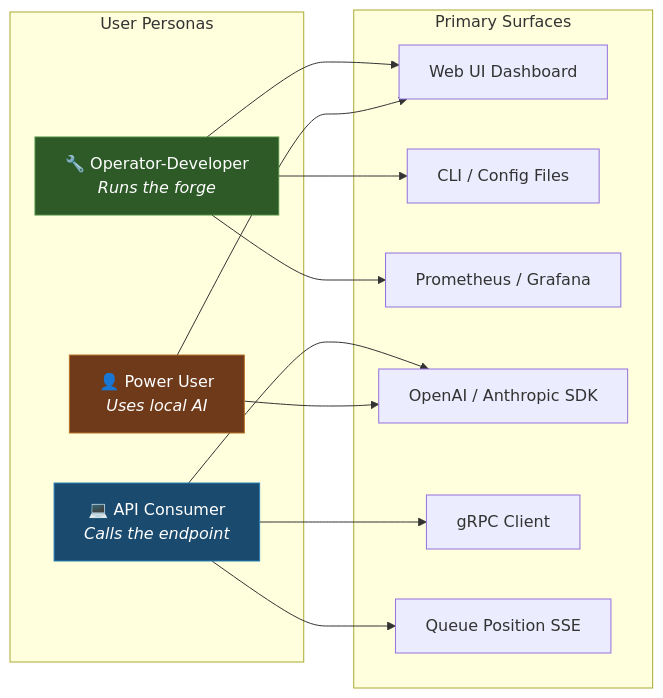
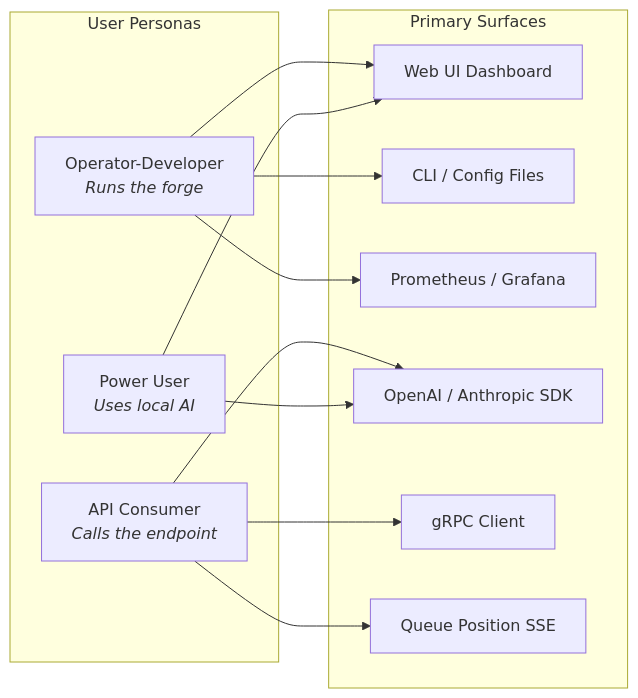
Before and after one commit to Doom325/llama-forge: the first of 16 diagrams in docs/USER_JOURNEYS.md, drawn with Mermaid. The commit also changed other lines of this file, not shown here.

Commit message:
User journeys v0.2.0

````diff
--- a/docs/USER_JOURNEYS.md
+++ b/docs/USER_JOURNEYS.md
@@ -79,30 +90,26 @@
 ```mermaid
 graph LR
     subgraph "User Personas"
-        P1["🔧 Operator-Developer<br/><i>Runs the forge</i>"]
-        P2["💻 API Consumer<br/><i>Calls the endpoint</i>"]
-        P3["👤 Power User<br/><i>Uses local AI</i>"]
+        P1["Operator-Developer<br/><i>Runs the forge</i>"]
+        P2["API Consumer<br/><i>Calls the endpoint</i>"]
+        P3["Power User<br/><i>Uses local AI</i>"]
     end
 
     subgraph "Primary Surfaces"
         S1["Web UI Dashboard"]
         S2["CLI / Config Files"]
         S3["Prometheus / Grafana"]
         S4["OpenAI / Anthropic SDK"]
         S5["gRPC Client"]
         S6["Queue Position SSE"]
     end
 
     P1 --> S1
     P1 --> S2
     P1 --> S3
     P2 --> S4
     P2 --> S5
     P2 --> S6
     P3 --> S1
     P3 --> S4
-
-    style P1 fill:#2d5a27,stroke:#4a8c3f,color:#fff
-    style P2 fill:#1a4a6e,stroke:#2980b9,color:#fff
-    style P3 fill:#6e3a1a,stroke:#b97329,color:#fff
 ```
````
